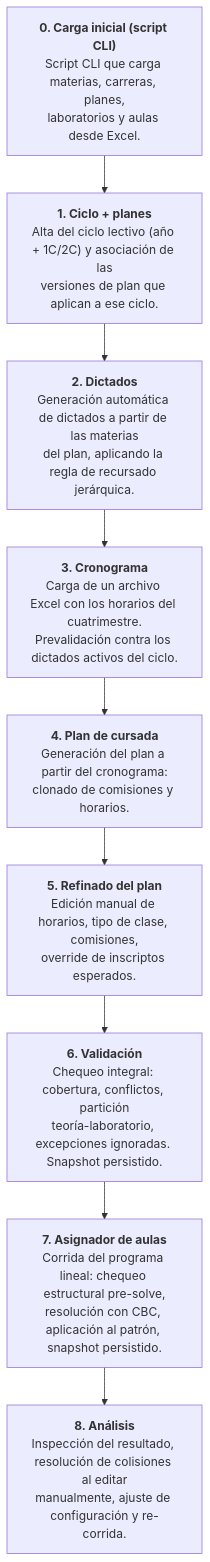
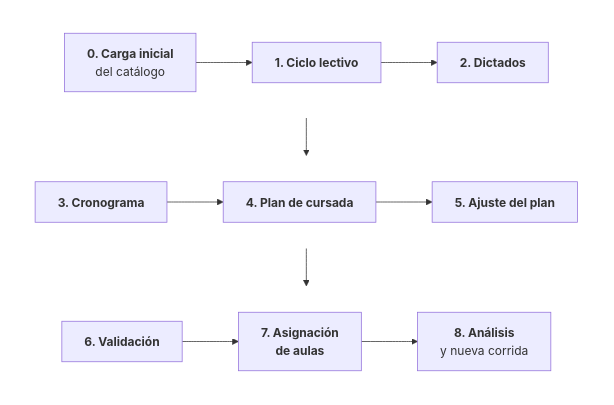
One commit to l-antonelli/gestor-aulas changed the second of 3 diagrams in project/Informe/cap07_arquitectura.md. Above: the diagram before and after it, drawn with Mermaid. The commit also changed other lines of this file and 15 other files, not shown here.

````diff
--- a/project/Informe/cap07_arquitectura.md
+++ b/project/Informe/cap07_arquitectura.md
@@ -296,14 +144,20 @@
 ```mermaid
 flowchart TD
-    E0["<b>0. Carga inicial (script CLI)</b><br/>Script CLI que carga materias, carreras, planes,<br/>laboratorios y aulas desde Excel."]
-    E1["<b>1. Ciclo + planes</b><br/>Alta del ciclo lectivo (año + 1C/2C) y asociación de las<br/>versiones de plan que aplican a ese ciclo."]
-    E2["<b>2. Dictados</b><br/>Generación automática de dictados a partir de las materias<br/>del plan, aplicando la regla de recursado jerárquica."]
-    E3["<b>3. Cronograma</b><br/>Carga de un archivo Excel con los horarios del cuatrimestre.<br/>Prevalidación contra los dictados activos del ciclo."]
-    E4["<b>4. Plan de cursada</b><br/>Generación del plan a partir del cronograma:<br/>clonado de comisiones y horarios."]
-    E5["<b>5. Refinado del plan</b><br/>Edición manual de horarios, tipo de clase, comisiones,<br/>override de inscriptos esperados."]
-    E6["<b>6. Validación</b><br/>Chequeo integral: cobertura, conflictos, partición<br/>teoría-laboratorio, excepciones ignoradas. Snapshot persistido."]
-    E7["<b>7. Asignador de aulas</b><br/>Corrida del programa lineal: chequeo estructural pre-solve,<br/>resolución con CBC, aplicación al patrón, snapshot persistido."]
-    E8["<b>8. Análisis</b><br/>Inspección del resultado, resolución de colisiones al editar<br/>manualmente, ajuste de configuración y re-corrida."]
-
-    E0 --> E1 --> E2 --> E3 --> E4 --> E5 --> E6 --> E7 --> E8
+    subgraph F1[" "]
+        direction LR
+        E0["<b>0. Carga inicial</b><br/>del catálogo"] --> E1["<b>1. Ciclo lectivo</b>"] --> E2["<b>2. Dictados</b>"]
+    end
+    subgraph F2[" "]
+        direction LR
+        E3["<b>3. Cronograma</b>"] --> E4["<b>4. Plan de cursada</b>"] --> E5["<b>5. Ajuste del plan</b>"]
+    end
+    subgraph F3[" "]
+        direction LR
+        E6["<b>6. Validación</b>"] --> E7["<b>7. Asignación<br/>de aulas</b>"] --> E8["<b>8. Análisis</b><br/>y nueva corrida"]
+    end
+    E2 --> E3
+    E5 --> E6
+    style F1 fill:none,stroke:none
+    style F2 fill:none,stroke:none
+    style F3 fill:none,stroke:none
 ```
````
